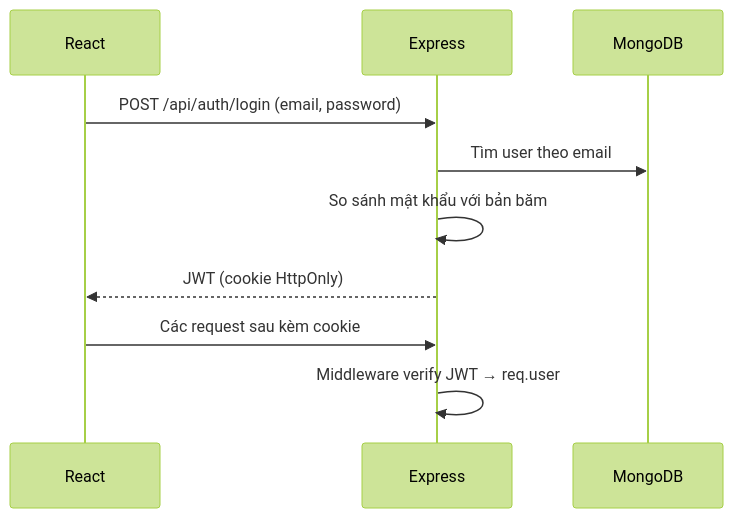
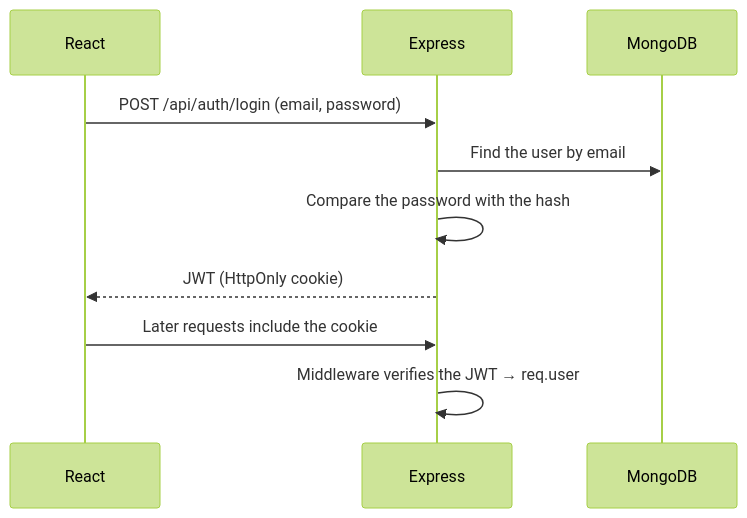
Before and after one commit to sunflynf/web-notes: the third of 3 diagrams in projects/minicrm.mdx, drawn with Mermaid (forest theme). The commit also changed other lines of this file and 33 other files, not shown here.

````diff
--- a/projects/minicrm.mdx
+++ b/projects/minicrm.mdx
@@ -78,12 +78,12 @@
 ```mermaid
 sequenceDiagram
   participant U as React
   participant API as Express
   participant DB as MongoDB
   U->>API: POST /api/auth/login (email, password)
-  API->>DB: Tìm user theo email
-  API->>API: So sánh mật khẩu với bản băm
-  API-->>U: JWT (cookie HttpOnly)
-  U->>API: Các request sau kèm cookie
-  API->>API: Middleware verify JWT → req.user
+  API->>DB: Find the user by email
+  API->>API: Compare the password with the hash
+  API-->>U: JWT (HttpOnly cookie)
+  U->>API: Later requests include the cookie
+  API->>API: Middleware verifies the JWT → req.user
 ```
````
